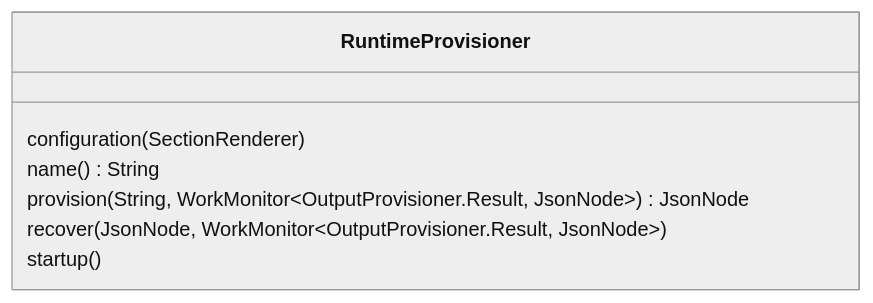
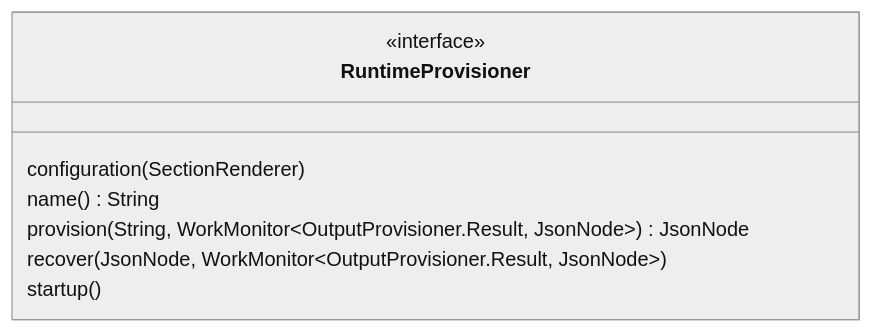
The diagram in vidarr-pluginapi/docs/RuntimeProvisioner.md (oicr-gsi/vidarr), drawn with Mermaid (neutral theme) before and after one commit.

Commit message:
Specify interface in diagram

````diff
--- a/vidarr-pluginapi/docs/RuntimeProvisioner.md
+++ b/vidarr-pluginapi/docs/RuntimeProvisioner.md
@@ -22,9 +22,10 @@
 ```mermaid
 classDiagram
   class RuntimeProvisioner
+  <<interface>> RuntimeProvisioner
   RuntimeProvisioner : configuration(SectionRenderer)
   RuntimeProvisioner : name() String
   RuntimeProvisioner : provision(String, WorkMonitor~OutputProvisioner.Result, JsonNode~) JsonNode
   RuntimeProvisioner : recover(JsonNode, WorkMonitor~OutputProvisioner.Result, JsonNode~)
   RuntimeProvisioner : startup()
 ```
````
